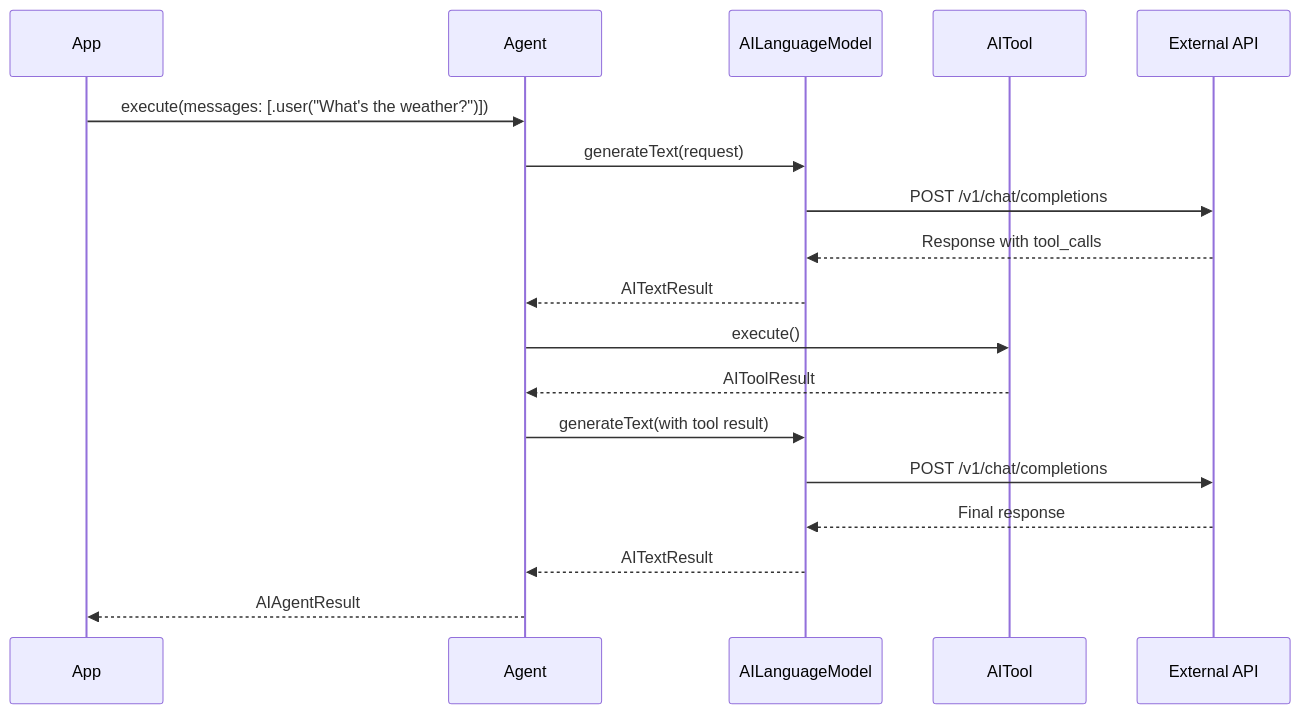
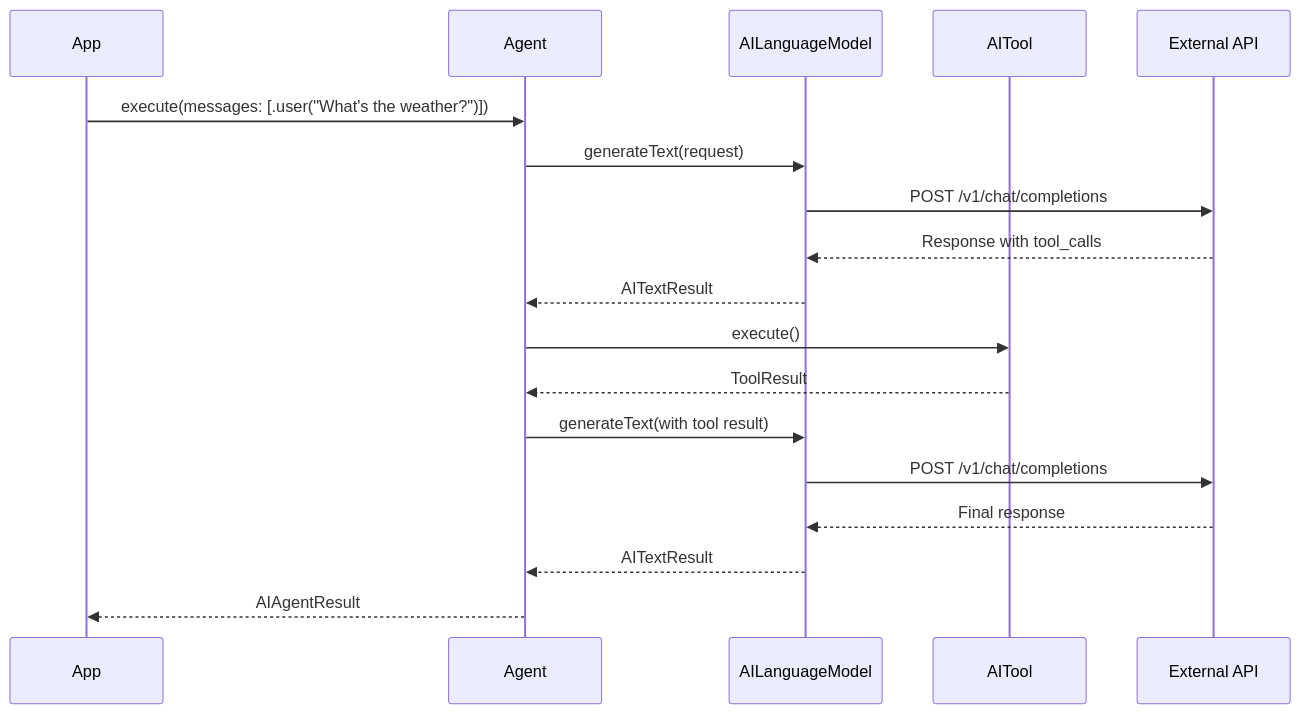
Before and after one commit to DanielhCarranza/AISDK: the second of 7 diagrams in docs/AISDK-ARCHITECTURE.md, drawn with Mermaid. The commit also changed other lines of this file, not shown here.

First line of the commit message:
Fix architecture doc: AITool→Tool, @AIParameter→@Parameter, MockAILanguageModel→MockLLM

````diff
--- a/docs/AISDK-ARCHITECTURE.md
+++ b/docs/AISDK-ARCHITECTURE.md
@@ -117,24 +117,24 @@
 ```mermaid
 sequenceDiagram
     participant App
     participant Agent as Agent
     participant LLM as AILanguageModel
     participant Tool as AITool
     participant API as External API
 
     App->>Agent: execute(messages: [.user("What's the weather?")])
     Agent->>LLM: generateText(request)
     LLM->>API: POST /v1/chat/completions
     API-->>LLM: Response with tool_calls
     LLM-->>Agent: AITextResult
 
     Agent->>Tool: execute()
-    Tool-->>Agent: AIToolResult
+    Tool-->>Agent: ToolResult
 
     Agent->>LLM: generateText(with tool result)
     LLM->>API: POST /v1/chat/completions
     API-->>LLM: Final response
     LLM-->>Agent: AITextResult
 
     Agent-->>App: AIAgentResult
 ```
````
